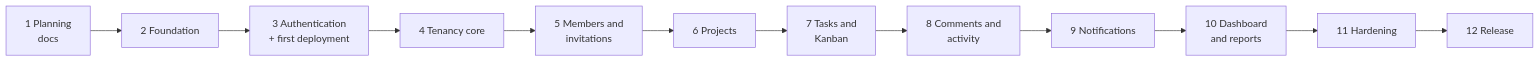
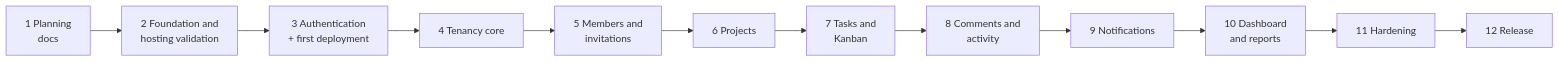
One commit to Martins-Code/workflow changed the diagram in docs/07-development-roadmap.md. Above: the diagram before and after it, drawn with Mermaid. The commit also changed other lines of this file and 6 other files, not shown here.

````diff
--- a/docs/07-development-roadmap.md
+++ b/docs/07-development-roadmap.md
@@ -11,14 +11,14 @@
 ```mermaid
 flowchart LR
-    P1["1 Planning<br/>docs"] --> P2["2 Foundation"]
+    P1["1 Planning<br/>docs"] --> P2["2 Foundation and<br/>hosting validation"]
     P2 --> P3["3 Authentication<br/>+ first deployment"]
     P3 --> P4["4 Tenancy core"]
     P4 --> P5["5 Members and<br/>invitations"]
     P5 --> P6["6 Projects"]
     P6 --> P7["7 Tasks and<br/>Kanban"]
     P7 --> P8["8 Comments and<br/>activity"]
     P8 --> P9["9 Notifications"]
     P9 --> P10["10 Dashboard<br/>and reports"]
     P10 --> P11["11 Hardening"]
     P11 --> P12["12 Release"]
 ```
````
